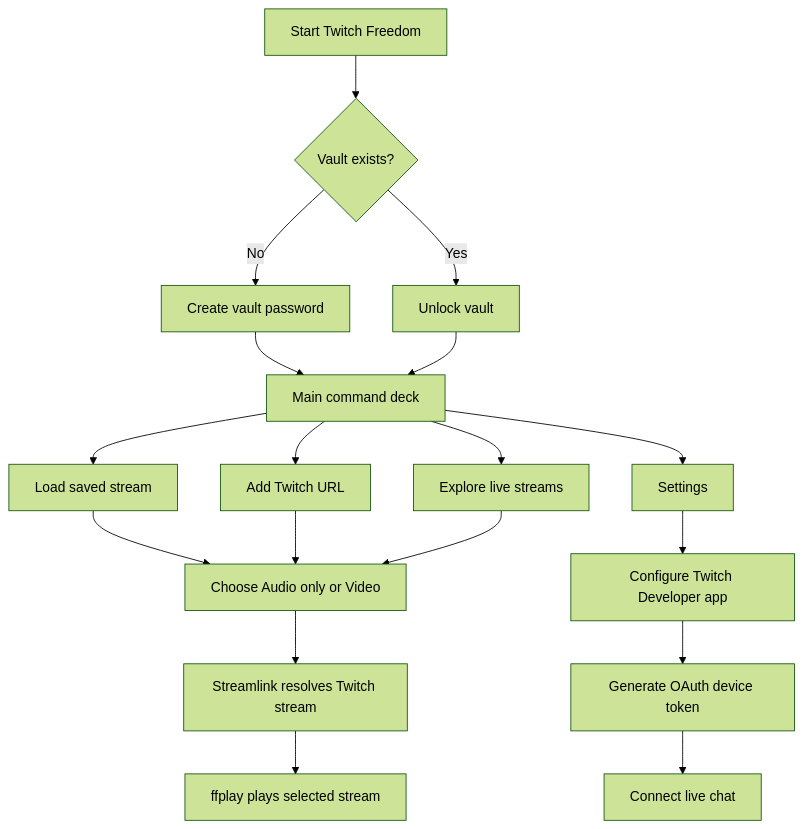
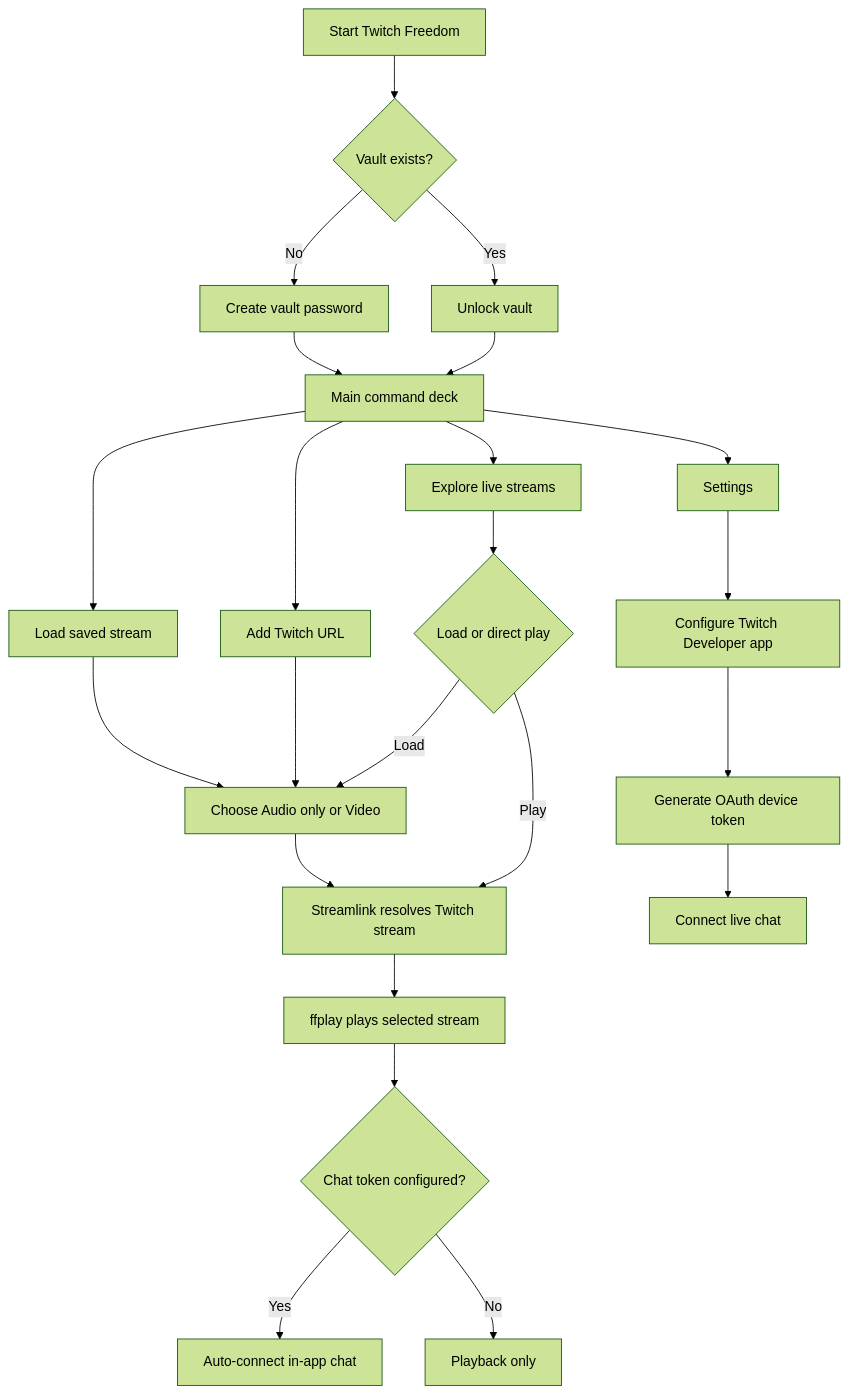
The second of 5 diagrams in README.md (ornab74/twitchaudio), drawn with Mermaid (forest theme) before and after one commit. The commit also changed other lines of this file and 3 other files, not shown here.

````diff
--- a/README.md
+++ b/README.md
@@ -80,20 +105,25 @@
 ```mermaid
 flowchart TD
     A[Start Twitch Freedom] --> B{Vault exists?}
     B -- No --> C[Create vault password]
     B -- Yes --> D[Unlock vault]
     C --> E[Main command deck]
     D --> E
     E --> F[Load saved stream]
     E --> G[Add Twitch URL]
     E --> H[Explore live streams]
     F --> I[Choose Audio only or Video]
     G --> I
-    H --> I
+    H --> H1{Load or direct play}
+    H1 -- Load --> I
+    H1 -- Play --> J
     I --> J[Streamlink resolves Twitch stream]
     J --> K[ffplay plays selected stream]
+    K --> K1{Chat token configured?}
+    K1 -- Yes --> K2[Auto-connect in-app chat]
+    K1 -- No --> K3[Playback only]
     E --> L[Settings]
     L --> M[Configure Twitch Developer app]
     M --> N[Generate OAuth device token]
     N --> O[Connect live chat]
 ```
````
